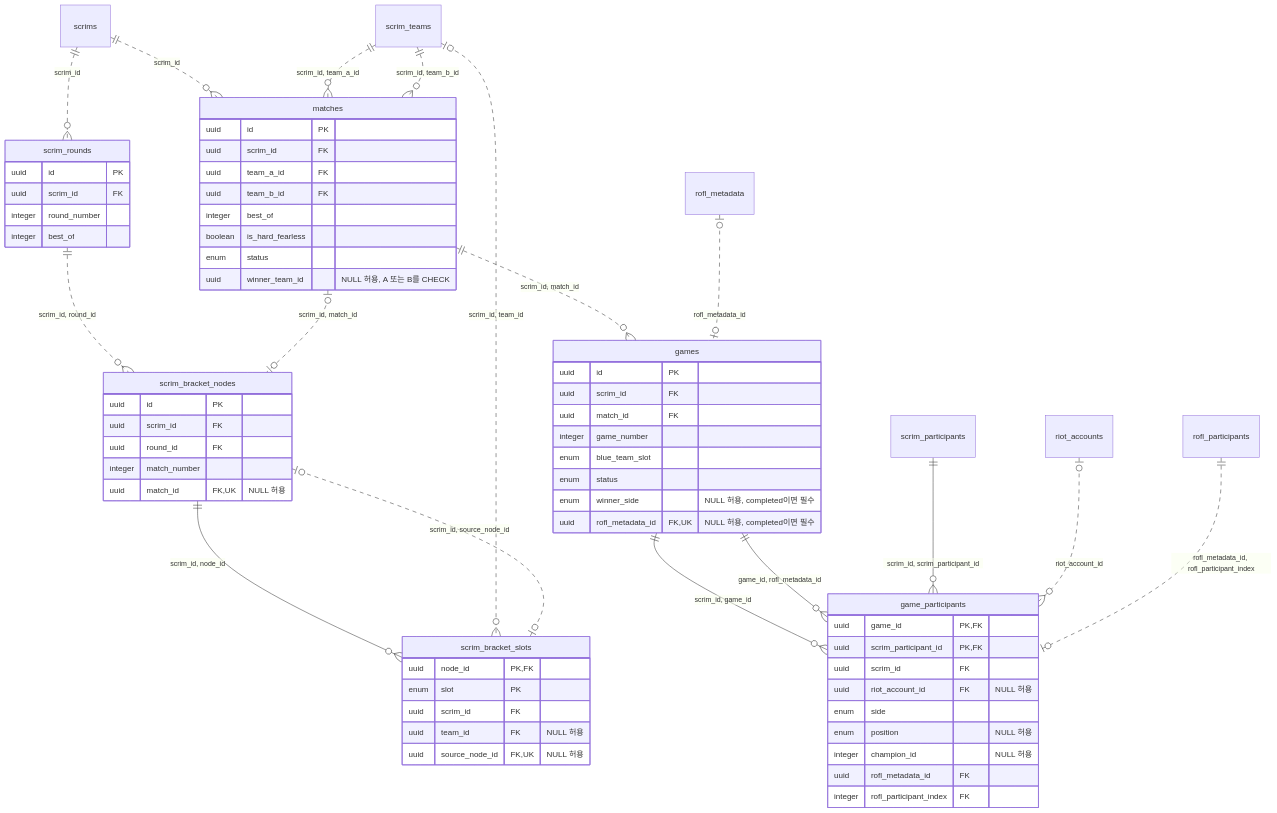
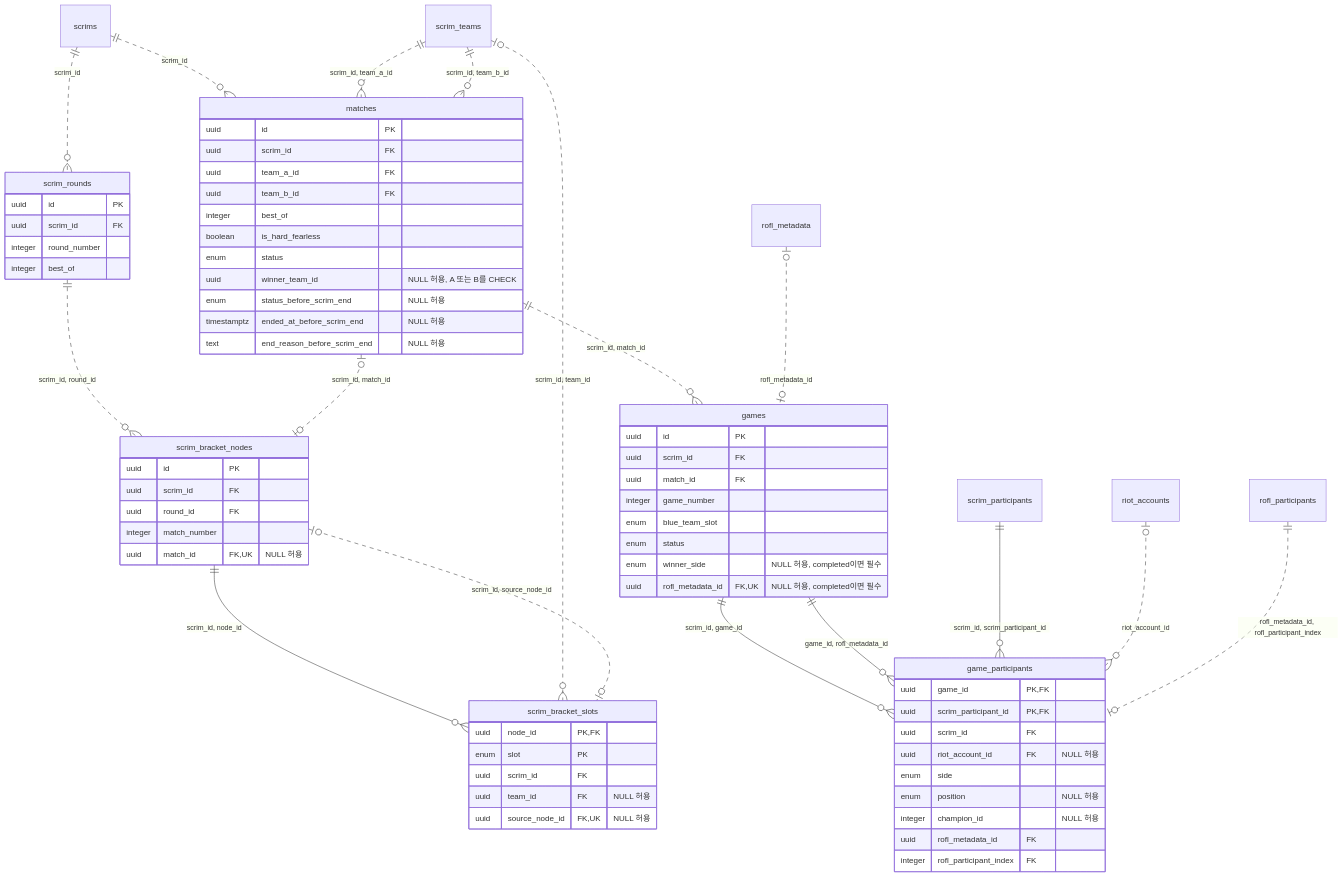
Before and after one commit to Longcat2957/MonkeyScrimManager2: the sixth of 7 diagrams in docs/database-erd.md, drawn with Mermaid. The commit also changed other lines of this file and 136 other files, not shown here.

````diff
--- a/docs/database-erd.md
+++ b/docs/database-erd.md
@@ -383,71 +434,74 @@
 ```mermaid
 erDiagram
     scrim_rounds {
         uuid id PK
         uuid scrim_id FK
         integer round_number
         integer best_of
     }
     scrim_bracket_nodes {
         uuid id PK
         uuid scrim_id FK
         uuid round_id FK
         integer match_number
         uuid match_id FK, UK "NULL 허용"
     }
     scrim_bracket_slots {
         uuid node_id PK, FK
         enum slot PK
         uuid scrim_id FK
         uuid team_id FK "NULL 허용"
         uuid source_node_id FK, UK "NULL 허용"
     }
     matches {
         uuid id PK
         uuid scrim_id FK
         uuid team_a_id FK
         uuid team_b_id FK
         integer best_of
         boolean is_hard_fearless
         enum status
         uuid winner_team_id "NULL 허용, A 또는 B를 CHECK"
+        enum status_before_scrim_end "NULL 허용"
+        timestamptz ended_at_before_scrim_end "NULL 허용"
+        text end_reason_before_scrim_end "NULL 허용"
     }
     games {
         uuid id PK
         uuid scrim_id FK
         uuid match_id FK
         integer game_number
         enum blue_team_slot
         enum status
         enum winner_side "NULL 허용, completed이면 필수"
         uuid rofl_metadata_id FK, UK "NULL 허용, completed이면 필수"
     }
     game_participants {
         uuid game_id PK, FK
         uuid scrim_participant_id PK, FK
         uuid scrim_id FK
         uuid riot_account_id FK "NULL 허용"
         enum side
         enum position "NULL 허용"
         integer champion_id "NULL 허용"
         uuid rofl_metadata_id FK
         integer rofl_participant_index FK
     }
 
     scrims ||..o{ scrim_rounds : scrim_id
     scrim_rounds ||..o{ scrim_bracket_nodes : "scrim_id, round_id"
     matches |o..o| scrim_bracket_nodes : "scrim_id, match_id"
     scrim_bracket_nodes ||--o{ scrim_bracket_slots : "scrim_id, node_id"
     scrim_teams |o..o{ scrim_bracket_slots : "scrim_id, team_id"
     scrim_bracket_nodes |o..o| scrim_bracket_slots : "scrim_id, source_node_id"
     scrims ||..o{ matches : scrim_id
     scrim_teams ||..o{ matches : "scrim_id, team_a_id"
     scrim_teams ||..o{ matches : "scrim_id, team_b_id"
     matches ||..o{ games : "scrim_id, match_id"
     rofl_metadata |o..o| games : rofl_metadata_id
     games ||--o{ game_participants : "scrim_id, game_id"
     games ||--o{ game_participants : "game_id, rofl_metadata_id"
     scrim_participants ||--o{ game_participants : "scrim_id, scrim_participant_id"
     riot_accounts |o..o{ game_participants : riot_account_id
     rofl_participants ||..o| game_participants : "rofl_metadata_id, rofl_participant_index"
 ```
````
